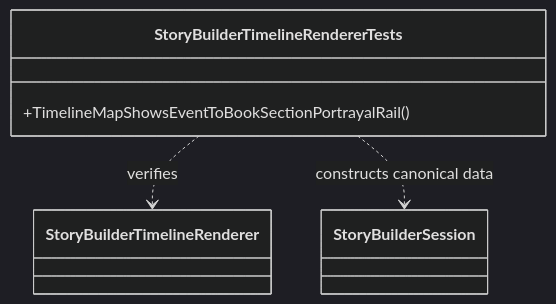
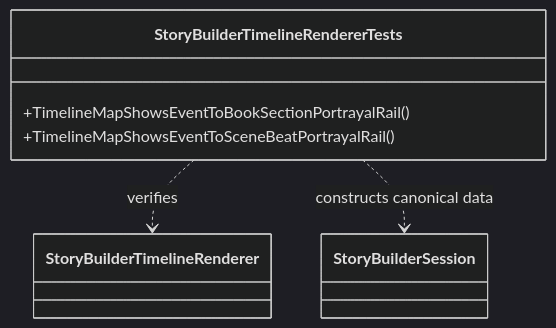
Before and after one commit to TrentBest/StoryBuilder: the diagram in docs/UML/StoryBuilderTimelineRendererTestsUML.md, drawn with Mermaid (dark theme). The commit also changed other lines of this file and 16 other files, not shown here.

Commit message:
Connect timeline events to individual scene beats

````diff
--- a/docs/UML/StoryBuilderTimelineRendererTestsUML.md
+++ b/docs/UML/StoryBuilderTimelineRendererTestsUML.md
@@ -3,8 +3,9 @@
 ```mermaid
 classDiagram
     class StoryBuilderTimelineRendererTests {
         +TimelineMapShowsEventToBookSectionPortrayalRail()
+        +TimelineMapShowsEventToSceneBeatPortrayalRail()
     }
     StoryBuilderTimelineRendererTests ..> StoryBuilderTimelineRenderer : verifies
     StoryBuilderTimelineRendererTests ..> StoryBuilderSession : constructs canonical data
 ```
````
